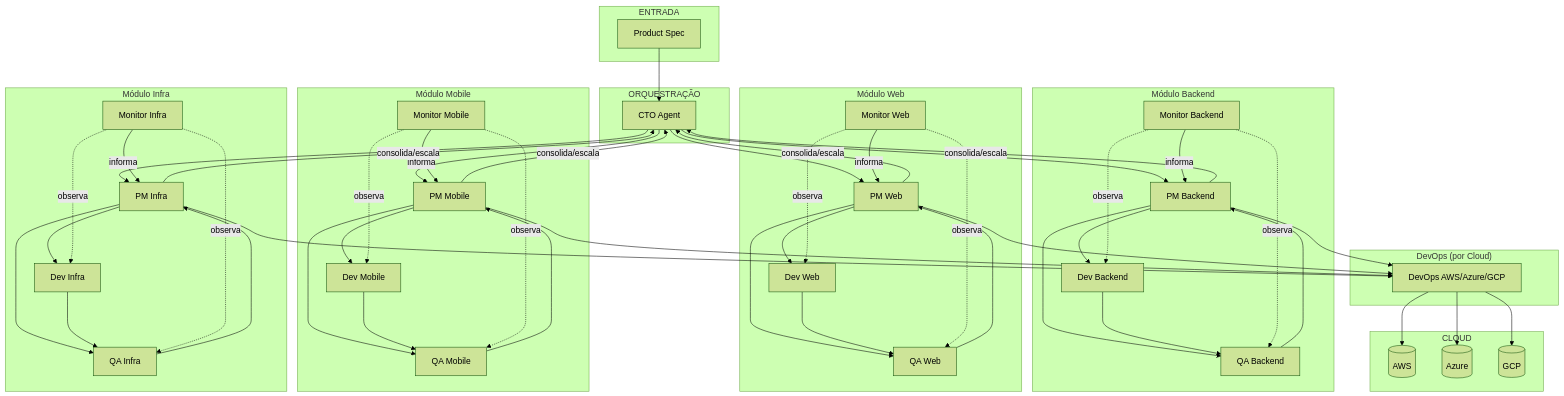
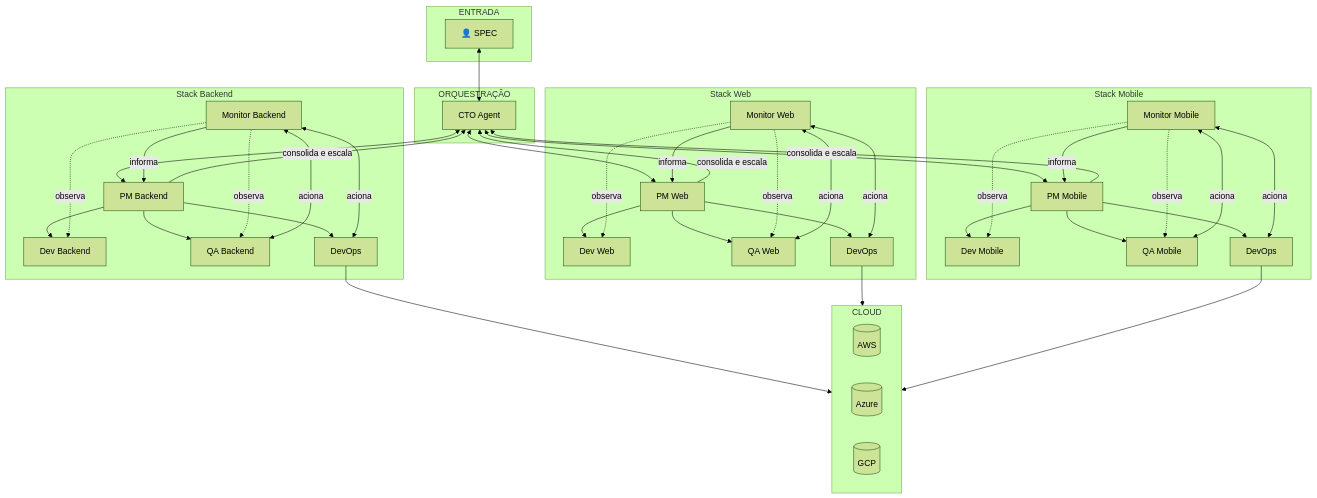
Before and after one commit to zentriztech/zentriz-genesis: the second of 5 diagrams in ARCHITECTURE_DIAGRAM.md, drawn with Mermaid (forest theme). The commit also changed other lines of this file and 62 other files, not shown here.

````diff
--- a/ARCHITECTURE_DIAGRAM.md
+++ b/ARCHITECTURE_DIAGRAM.md
@@ -38,43 +48,35 @@
 ```mermaid
 flowchart TB
     subgraph ENTRADA
-        SPEC[Product Spec]
+        SPEC["👤 SPEC"]
     end
 
     subgraph ORQUESTRAÇÃO
-        CTO[CTO Agent]
+        CTO["CTO Agent"]
     end
 
-    subgraph MÓDULO_BACKEND["Módulo Backend"]
+    subgraph MÓDULO_BACKEND["Stack Backend"]
         PM_BE[PM Backend]
         DEV_BE[Dev Backend]
         QA_BE[QA Backend]
         MON_BE[Monitor Backend]
+        DEVOPS_BE[DevOps]
     end
 
-    subgraph MÓDULO_WEB["Módulo Web"]
+    subgraph MÓDULO_WEB["Stack Web"]
         PM_WEB[PM Web]
         DEV_WEB[Dev Web]
         QA_WEB[QA Web]
         MON_WEB[Monitor Web]
+        DEVOPS_WEB[DevOps]
     end
 
-    subgraph MÓDULO_MOBILE["Módulo Mobile"]
+    subgraph MÓDULO_MOBILE["Stack Mobile"]
         PM_MOB[PM Mobile]
         DEV_MOB[Dev Mobile]
         QA_MOB[QA Mobile]
         MON_MOB[Monitor Mobile]
-    end
-
-    subgraph MÓDULO_INFRA["Módulo Infra"]
-        PM_INFRA[PM Infra]
-        DEV_INFRA[Dev Infra]
-        QA_INFRA[QA Infra]
-        MON_INFRA[Monitor Infra]
-    end
-
-    subgraph DEVOPS_CLOUD["DevOps (por Cloud)"]
-        DEVOPS[DevOps AWS/Azure/GCP]
+        DEVOPS_MOB[DevOps]
     end
 
     subgraph CLOUD
@@ -83,57 +85,44 @@
         GCP[(GCP)]
     end
 
-    %% Fluxo principal
-    SPEC --> CTO
-    CTO --> PM_BE
-    CTO --> PM_WEB
-    CTO --> PM_MOB
-    CTO --> PM_INFRA
+    SPEC <--> CTO
+    CTO <--> PM_BE
+    CTO <--> PM_WEB
+    CTO <--> PM_MOB
 
     PM_BE --> DEV_BE
     PM_BE --> QA_BE
-    PM_BE --> DEVOPS
+    PM_BE --> DEVOPS_BE
     PM_WEB --> DEV_WEB
     PM_WEB --> QA_WEB
-    PM_WEB --> DEVOPS
+    PM_WEB --> DEVOPS_WEB
     PM_MOB --> DEV_MOB
     PM_MOB --> QA_MOB
-    PM_MOB --> DEVOPS
-    PM_INFRA --> DEV_INFRA
-    PM_INFRA --> QA_INFRA
-    PM_INFRA --> DEVOPS
+    PM_MOB --> DEVOPS_MOB
 
-    DEV_BE --> QA_BE
-    QA_BE --> PM_BE
-    DEV_WEB --> QA_WEB
-    QA_WEB --> PM_WEB
-    DEV_MOB --> QA_MOB
-    QA_MOB --> PM_MOB
-    DEV_INFRA --> QA_INFRA
-    QA_INFRA --> PM_INFRA
-
-    DEVOPS --> AWS
-    DEVOPS --> AZURE
-    DEVOPS --> GCP
-
-    %% Monitor observa Dev/QA do seu módulo (progresso, status)
     MON_BE -.->|observa| DEV_BE
     MON_BE -.->|observa| QA_BE
+    MON_BE <-->|aciona| QA_BE
+    MON_BE <-->|aciona| DEVOPS_BE
+    MON_BE -->|informa| PM_BE
+
     MON_WEB -.->|observa| DEV_WEB
     MON_WEB -.->|observa| QA_WEB
+    MON_WEB <-->|aciona| QA_WEB
+    MON_WEB <-->|aciona| DEVOPS_WEB
+    MON_WEB -->|informa| PM_WEB
+
     MON_MOB -.->|observa| DEV_MOB
     MON_MOB -.->|observa| QA_MOB
-    MON_INFRA -.->|observa| DEV_INFRA
-    MON_INFRA -.->|observa| QA_INFRA
+    MON_MOB <-->|aciona| QA_MOB
+    MON_MOB <-->|aciona| DEVOPS_MOB
+    MON_MOB -->|informa| PM_MOB
 
-    %% Fluxo de alertas: Monitor → PM → CTO
-    MON_BE -->|informa| PM_BE
-    MON_WEB -->|informa| PM_WEB
-    MON_MOB -->|informa| PM_MOB
-    MON_INFRA -->|informa| PM_INFRA
+    DEVOPS_BE --> CLOUD
+    DEVOPS_WEB --> CLOUD
+    DEVOPS_MOB --> CLOUD
 
-    PM_BE -->|consolida/escala| CTO
-    PM_WEB -->|consolida/escala| CTO
-    PM_MOB -->|consolida/escala| CTO
-    PM_INFRA -->|consolida/escala| CTO
+    PM_BE -->|consolida e escala| CTO
+    PM_WEB -->|consolida e escala| CTO
+    PM_MOB -->|consolida e escala| CTO
 ```
````
